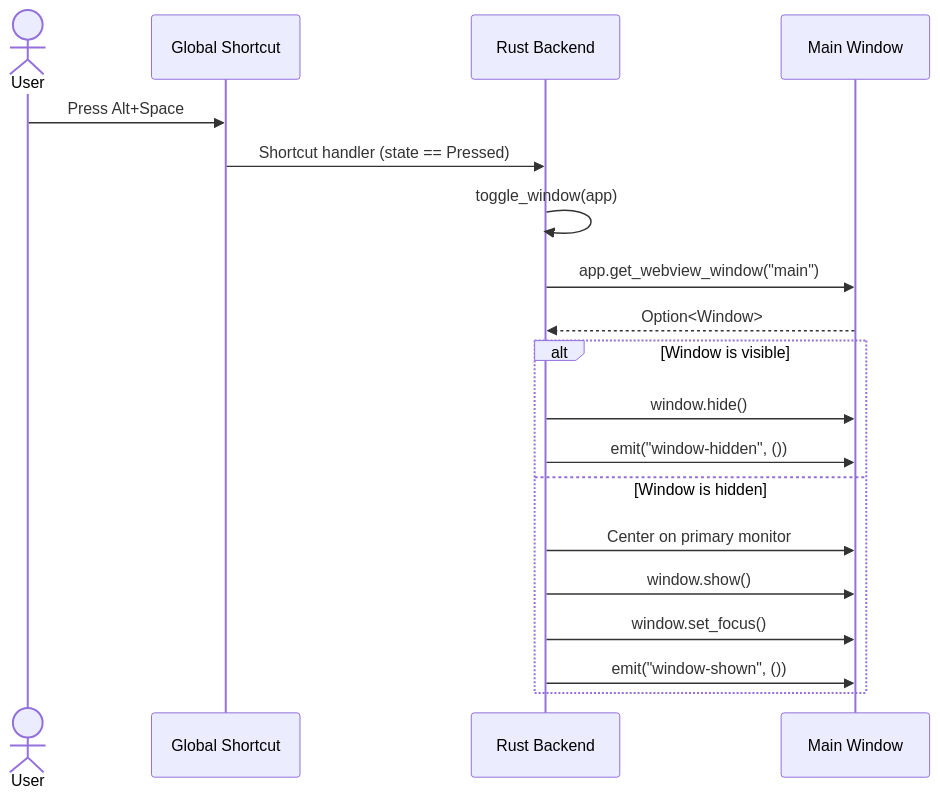
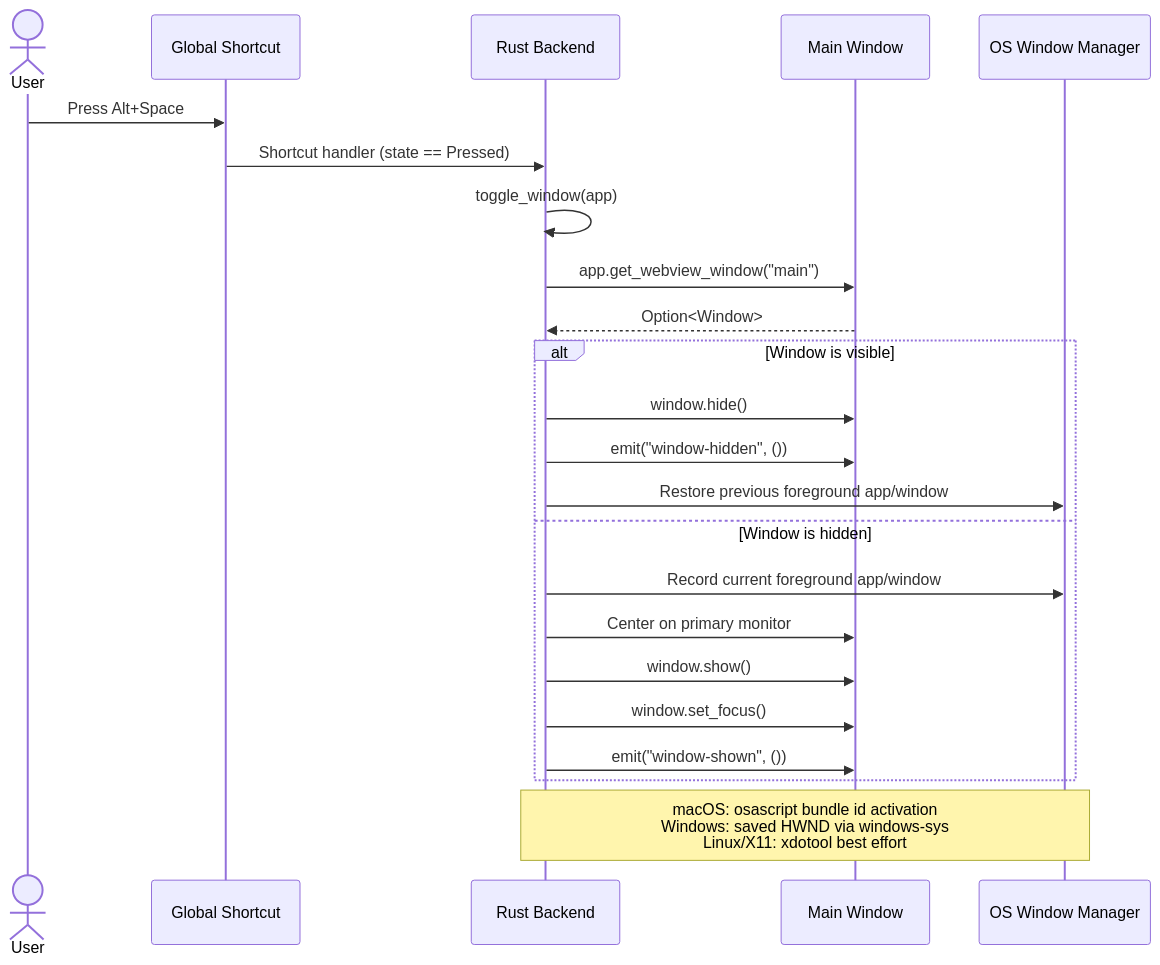
Before and after one commit to RickyDane/gquick: diagram 11 of 11 in arch/diagrams/sequence.md, drawn with Mermaid. The commit also changed 29 other files, not shown here.

````diff
--- a/arch/diagrams/sequence.md
+++ b/arch/diagrams/sequence.md
@@ -430,23 +430,28 @@
 ```mermaid
 sequenceDiagram
     actor User
     participant GS as Global Shortcut
     participant Rust as Rust Backend
     participant Window as Main Window
+    participant System as OS Window Manager
 
     User->>GS: Press Alt+Space
     GS->>Rust: Shortcut handler (state == Pressed)
     Rust->>Rust: toggle_window(app)
     Rust->>Window: app.get_webview_window("main")
     Window-->>Rust: Option<Window>
 
     alt Window is visible
         Rust->>Window: window.hide()
         Rust->>Window: emit("window-hidden", ())
+        Rust->>System: Restore previous foreground app/window
     else Window is hidden
+        Rust->>System: Record current foreground app/window
         Rust->>Window: Center on primary monitor
         Rust->>Window: window.show()
         Rust->>Window: window.set_focus()
         Rust->>Window: emit("window-shown", ())
     end
+
+    Note over Rust,System: macOS: osascript bundle id activation<br/>Windows: saved HWND via windows-sys<br/>Linux/X11: xdotool best effort
 ```
````
